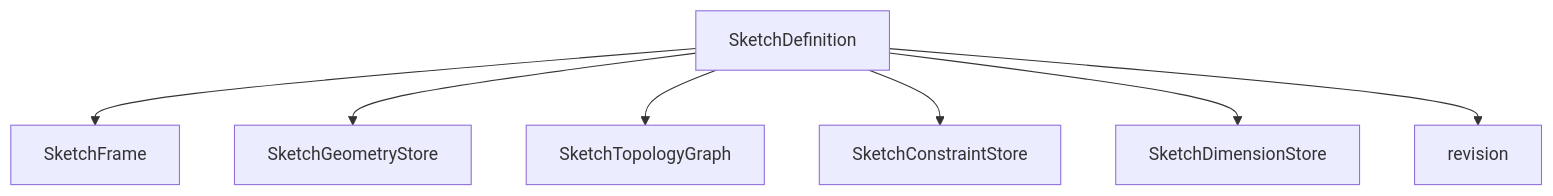
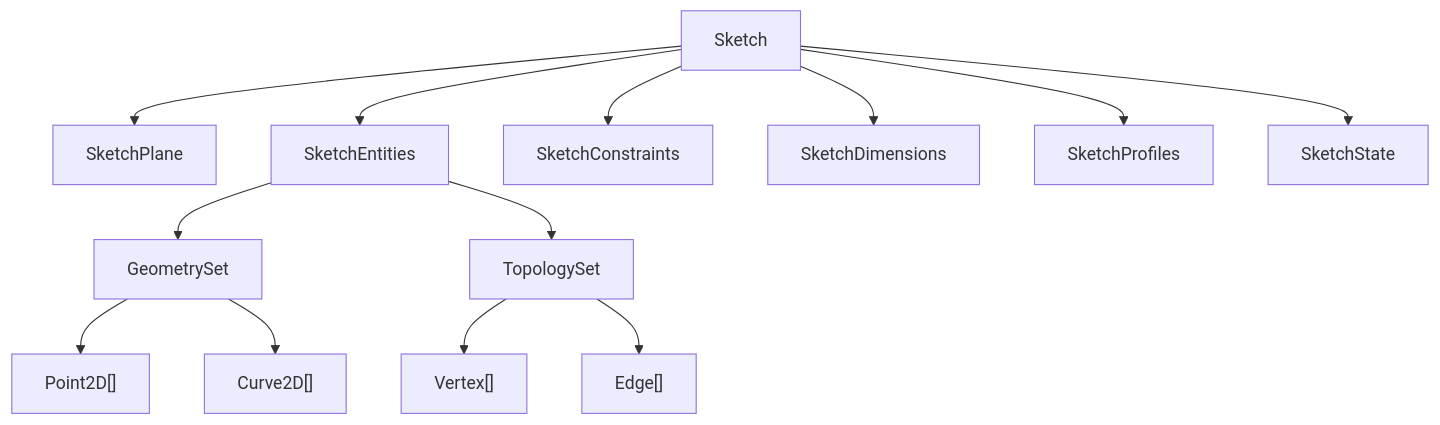
Before and after one commit to genewanggang-sudo/occt-draw-web: the second of 4 diagrams in docs/草图架构设计.md, drawn with Mermaid. The commit also changed other lines of this file and 3 other files, not shown here.

Commit message:
refactor(sketch): outline architecture foundation

````diff
--- a/docs/草图架构设计.md
+++ b/docs/草图架构设计.md
@@ -66,9 +35,20 @@
 ```mermaid
 flowchart TD
-  Sketch["SketchDefinition"] --> Frame["SketchFrame"]
-  Sketch --> Geometry["SketchGeometryStore"]
-  Sketch --> Topology["SketchTopologyGraph"]
-  Sketch --> Constraints["SketchConstraintStore"]
-  Sketch --> Dimensions["SketchDimensionStore"]
-  Sketch --> Revision["revision"]
+  Sketch["Sketch"]
+
+  Sketch --> Plane["SketchPlane"]
+  Sketch --> Entities["SketchEntities"]
+  Sketch --> Constraints["SketchConstraints"]
+  Sketch --> Dimensions["SketchDimensions"]
+  Sketch --> Profiles["SketchProfiles"]
+  Sketch --> State["SketchState"]
+
+  Entities --> Geometry["GeometrySet"]
+  Entities --> Topology["TopologySet"]
+
+  Geometry --> Points["Point2D[]"]
+  Geometry --> Curves["Curve2D[]"]
+
+  Topology --> Vertices["Vertex[]"]
+  Topology --> Edges["Edge[]"]
 ```
````
